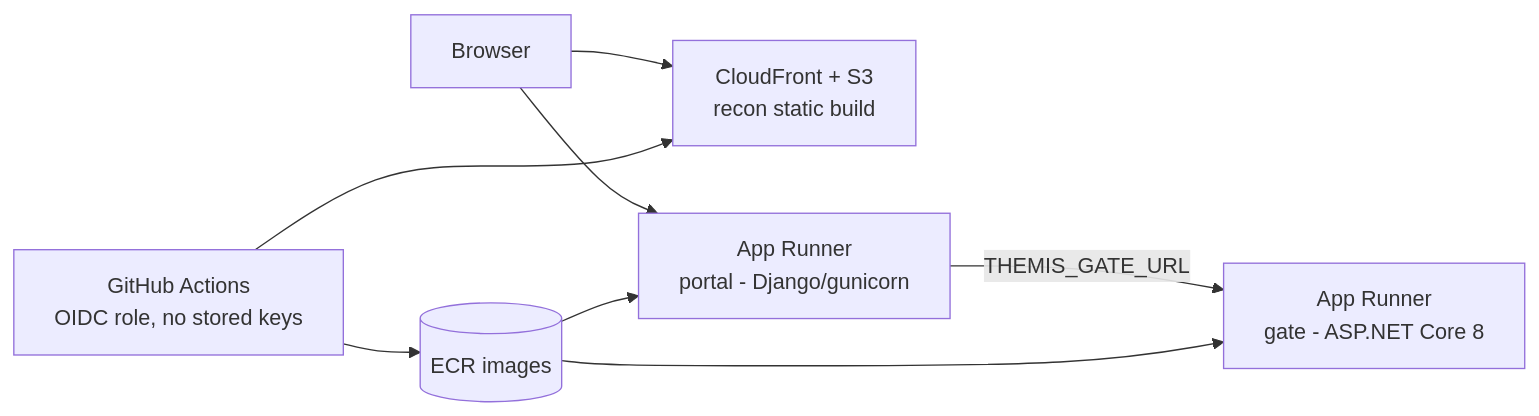
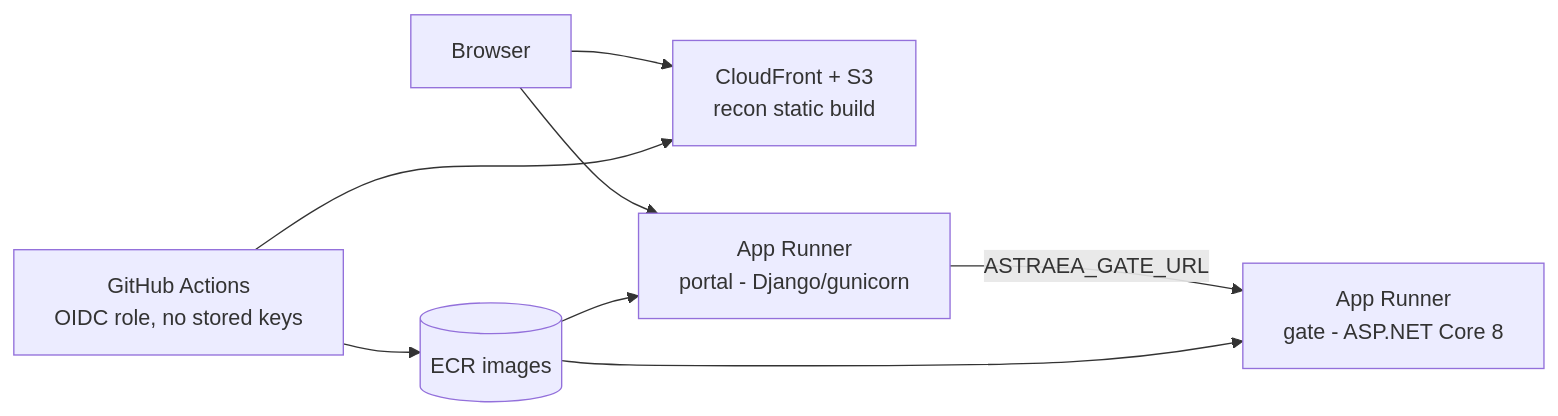
Before and after one commit to bpachter/astraea: the diagram in docs/DEPLOYMENT.md, drawn with Mermaid. The commit also changed other lines of this file and 28 other files, not shown here.

Commit message:
Rename Themis to Astraea: repo, solution, namespaces, services, branding

````diff
--- a/docs/DEPLOYMENT.md
+++ b/docs/DEPLOYMENT.md
@@ -24,10 +24,10 @@
 ```mermaid
 flowchart LR
     U[Browser] --> CF[CloudFront + S3\nrecon static build]
     U --> P[App Runner\nportal - Django/gunicorn]
-    P -->|THEMIS_GATE_URL| G[App Runner\ngate - ASP.NET Core 8]
+    P -->|ASTRAEA_GATE_URL| G[App Runner\ngate - ASP.NET Core 8]
     ECR[(ECR images)] --> P
     ECR --> G
     GH[GitHub Actions\nOIDC role, no stored keys] --> ECR
     GH --> CF
 ```
````
